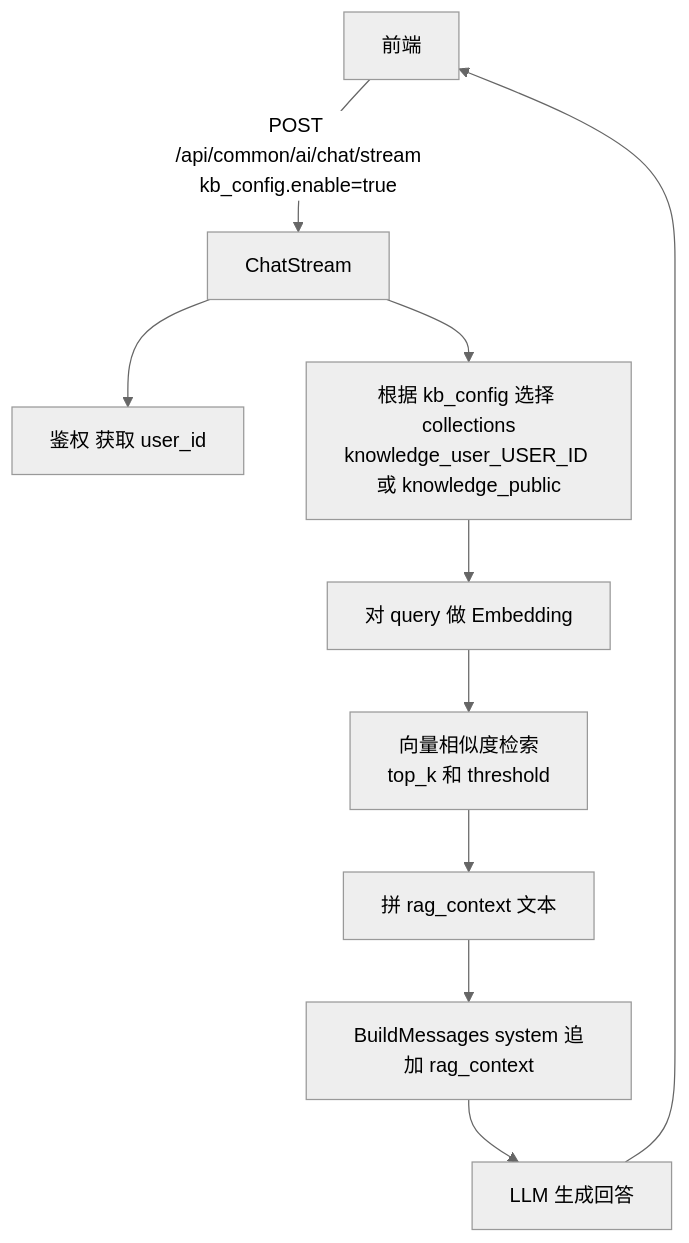
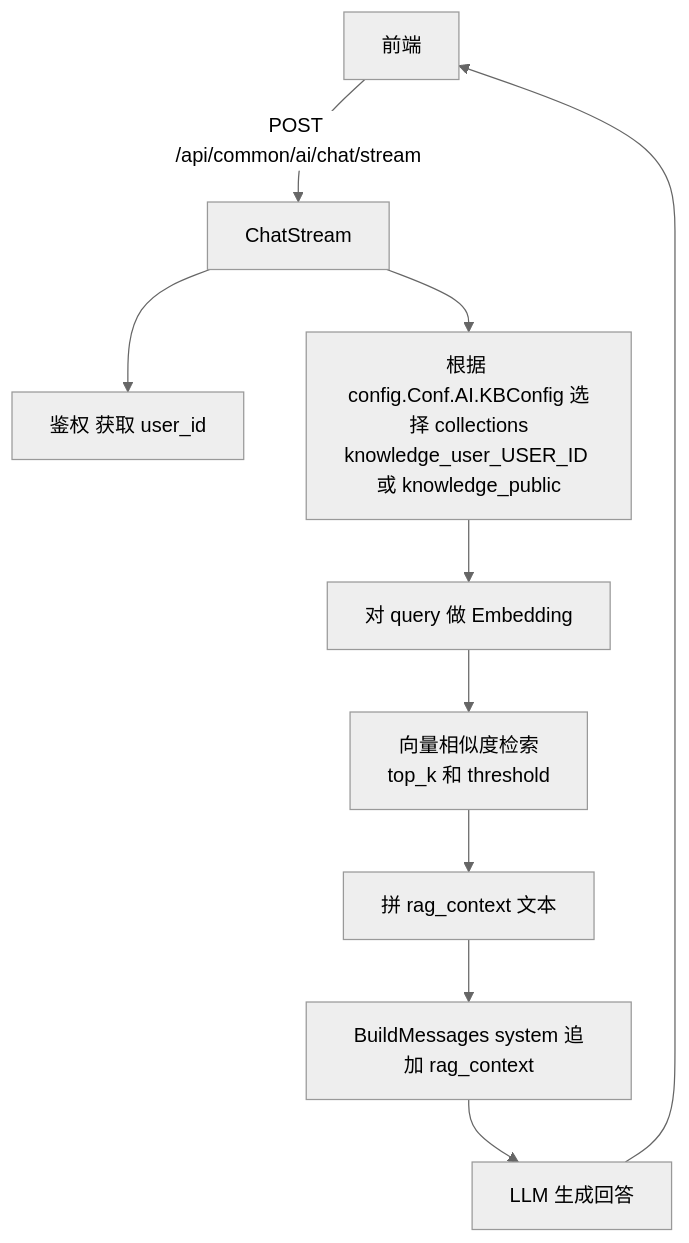
One commit to Goblin-Master/nurture changed the fifth of 6 diagrams in docs/mermaid.md. Above: the diagram before and after it, drawn with Mermaid (neutral theme). The commit also changed other lines of this file and 1 other file, not shown here.

Commit message:
docs: update knowledge base config flow

````diff
--- a/docs/mermaid.md
+++ b/docs/mermaid.md
@@ -79,12 +79,12 @@
 ```mermaid
 flowchart TD
-  FE[前端] -->|POST /api/common/ai/chat/stream<br/>kb_config.enable=true| API[ChatStream]
+  FE[前端] -->|POST /api/common/ai/chat/stream| API[ChatStream]
   API --> AUTH[鉴权 获取 user_id]
-  API --> COL["根据 kb_config 选择 collections<br/>knowledge_user_USER_ID 或 knowledge_public"]
+  API --> COL["根据 config.Conf.AI.KBConfig 选择 collections<br/>knowledge_user_USER_ID 或 knowledge_public"]
   COL --> QEMB[对 query 做 Embedding]
   QEMB --> SEARCH["向量相似度检索<br/>top_k 和 threshold"]
   SEARCH --> CTX[拼 rag_context 文本]
   CTX --> MSG[BuildMessages system 追加 rag_context]
   MSG --> LLM[LLM 生成回答]
   LLM --> FE
 ```
````
